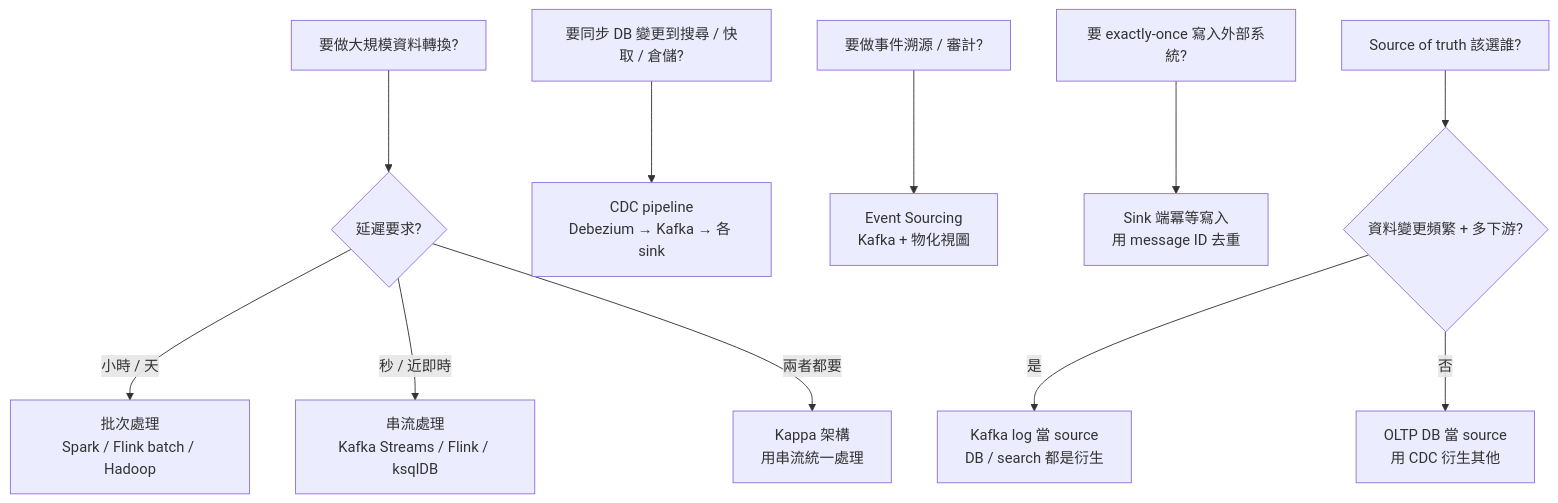
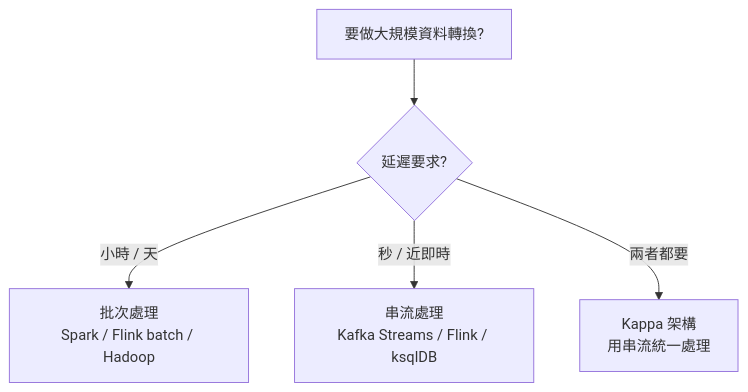
Before and after one commit to maplestartend/ddia-zh: the first of 5 diagrams in docs/part-3/index.md, drawn with Mermaid. The commit also changed other lines of this file and 5 other files, not shown here.

First line of the commit message:
Wave 35c: Mermaid 圖視覺修法 — 4-agent 截圖驗收全 12 圖 P0/P1 解決

````diff
--- a/docs/part-3/index.md
+++ b/docs/part-3/index.md
@@ -44,17 +48,7 @@
 ```mermaid
 flowchart TD
     A[要做大規模資料轉換?] --> B{延遲要求?}
     B -- 小時 / 天 --> C[批次處理<br/>Spark / Flink batch / Hadoop]
     B -- 秒 / 近即時 --> D[串流處理<br/>Kafka Streams / Flink / ksqlDB]
     B -- 兩者都要 --> E[Kappa 架構<br/>用串流統一處理]
-
-    F[要同步 DB 變更到搜尋 / 快取 / 倉儲?] --> G[CDC pipeline<br/>Debezium → Kafka → 各 sink]
-
-    H[要做事件溯源 / 審計?] --> I[Event Sourcing<br/>Kafka + 物化視圖]
-
-    J[要 exactly-once 寫入外部系統?] --> K[Sink 端冪等寫入<br/>用 message ID 去重]
-
-    L[Source of truth 該選誰?] --> M{資料變更頻繁 + 多下游?}
-    M -- 是 --> N[Kafka log 當 source<br/>DB / search 都是衍生]
-    M -- 否 --> O[OLTP DB 當 source<br/>用 CDC 衍生其他]
 ```
````
